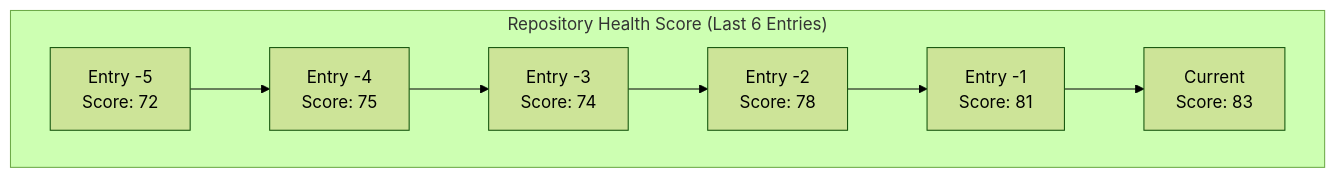
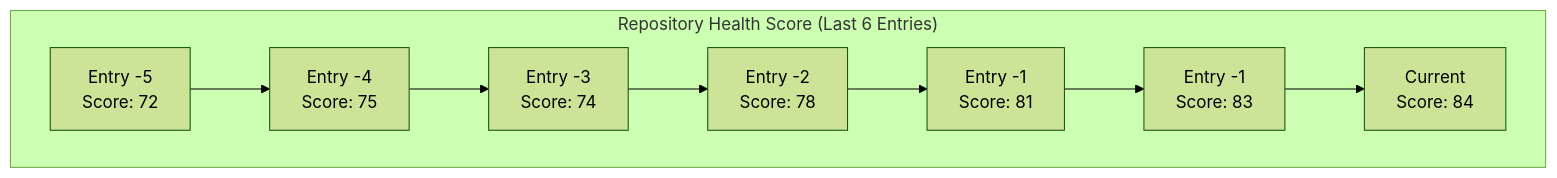
One commit to lnittman/webs-xyz changed the first of 4 diagrams in docs/state/metrics-dashboard.md. Above: the diagram before and after it, drawn with Mermaid (forest theme). The commit also changed other lines of this file and 6 other files, not shown here.

````diff
--- a/docs/state/metrics-dashboard.md
+++ b/docs/state/metrics-dashboard.md
@@ -4,17 +4,19 @@
 ```mermaid
 graph TD
   subgraph "Repository Health Score (Last 6 Entries)"
     E1[Entry -5\nScore: 72]
     E2[Entry -4\nScore: 75]
     E3[Entry -3\nScore: 74]
     E4[Entry -2\nScore: 78]
     E5[Entry -1\nScore: 81]
-    E6[Current\nScore: 83]
+    E6[Entry -1\nScore: 83]
+    E7[Current\nScore: 84]
 
     E1 --> E2
     E2 --> E3
     E3 --> E4
     E4 --> E5
     E5 --> E6
+    E6 --> E7
   end
 ```
````
